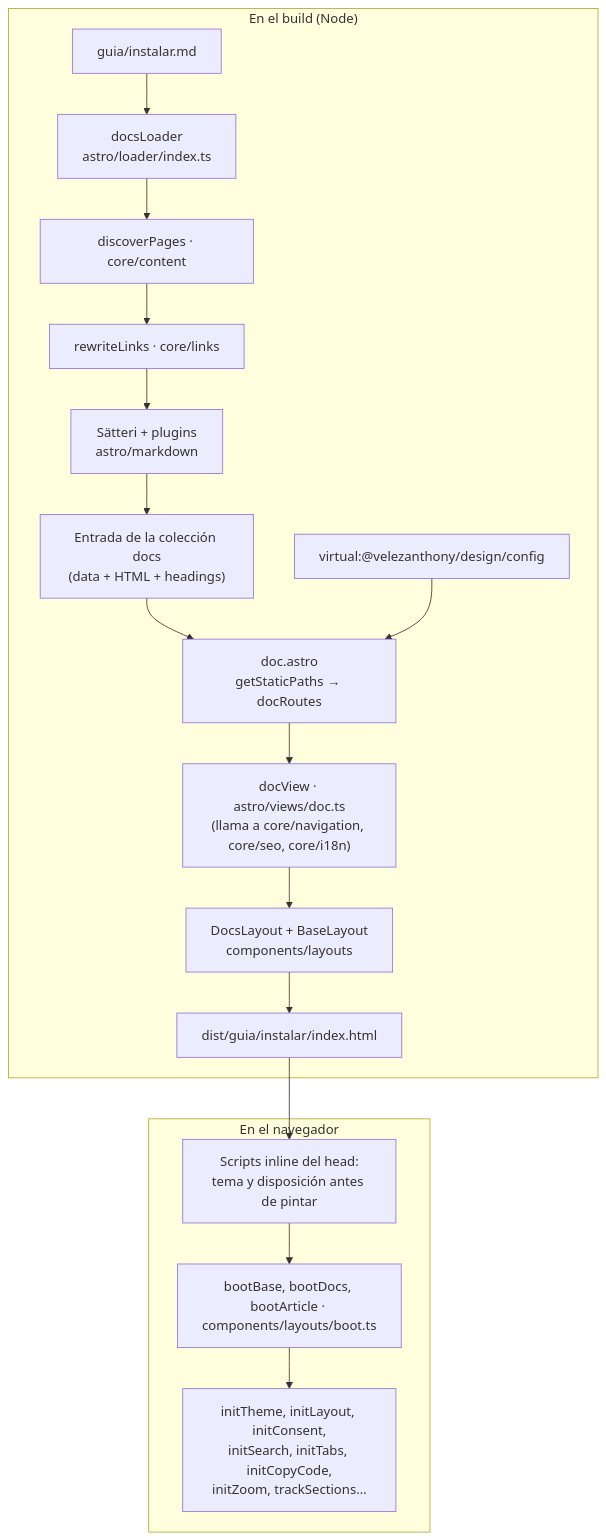
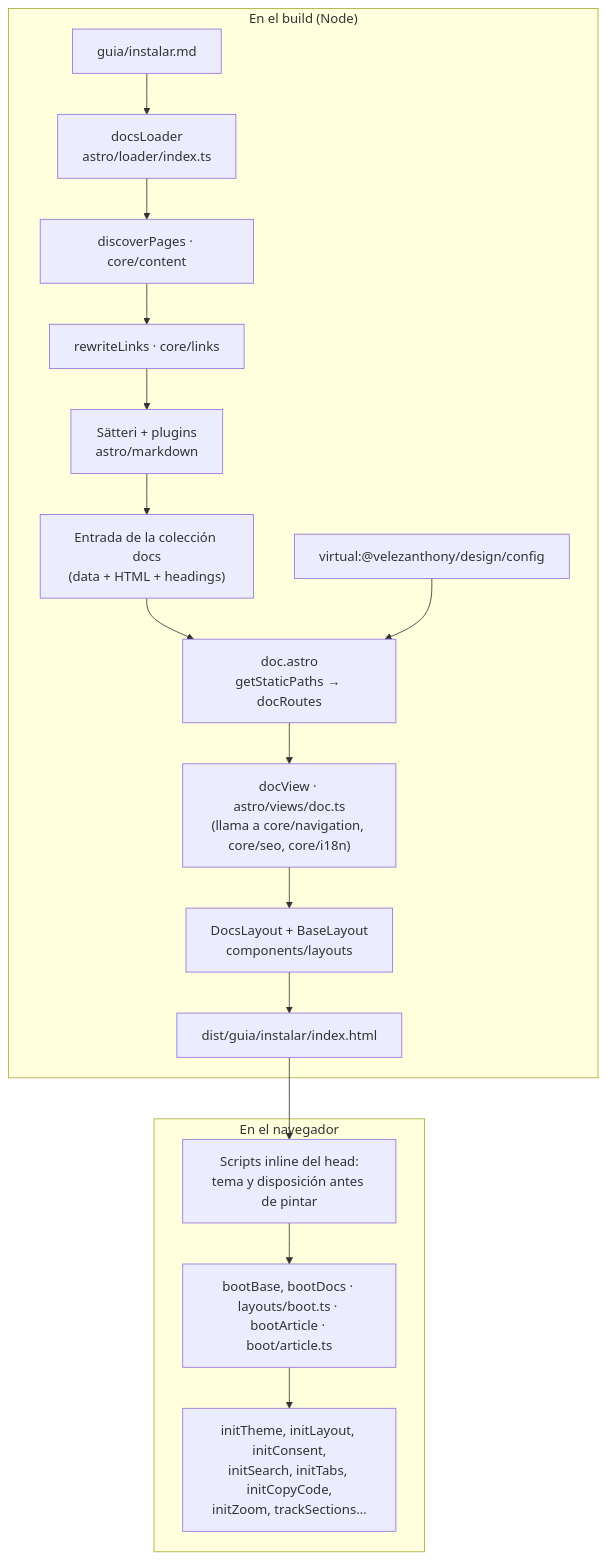
One commit to velezanthony/design changed the first of 2 diagrams in docs/src/content/docs/arquitectura/una-pagina.md. Above: the diagram before and after it, drawn with Mermaid. The commit also changed other lines of this file and 12 other files, not shown here.

First line of the commit message:
refactor(components): move bootArticle and BootEnv out of layouts so organisms stop importing upward

````diff
--- a/docs/src/content/docs/arquitectura/una-pagina.md
+++ b/docs/src/content/docs/arquitectura/una-pagina.md
@@ -13,20 +13,20 @@
 ```mermaid
 flowchart TD
   subgraph build["En el build (Node)"]
     f["guia/instalar.md"] --> ld["docsLoader<br/>astro/loader/index.ts"]
     ld --> disc["discoverPages · core/content"]
     disc --> rw["rewriteLinks · core/links"]
     rw --> md["Sätteri + plugins<br/>astro/markdown"]
     md --> store["Entrada de la colección docs<br/>(data + HTML + headings)"]
     store --> doc["doc.astro<br/>getStaticPaths → docRoutes"]
     vm["virtual:@velezanthony/design/config"] --> doc
     doc --> view["docView · astro/views/doc.ts<br/>(llama a core/navigation, core/seo, core/i18n)"]
     view --> lay["DocsLayout + BaseLayout<br/>components/layouts"]
     lay --> html["dist/guia/instalar/index.html"]
   end
   subgraph browser["En el navegador"]
     html --> pre["Scripts inline del head:<br/>tema y disposición antes de pintar"]
-    pre --> boot["bootBase, bootDocs, bootArticle · components/layouts/boot.ts"]
+    pre --> boot["bootBase, bootDocs · layouts/boot.ts · bootArticle · boot/article.ts"]
     boot --> inits["initTheme, initLayout, initConsent,<br/>initSearch, initTabs, initCopyCode,<br/>initZoom, trackSections…"]
   end
 ```
````
